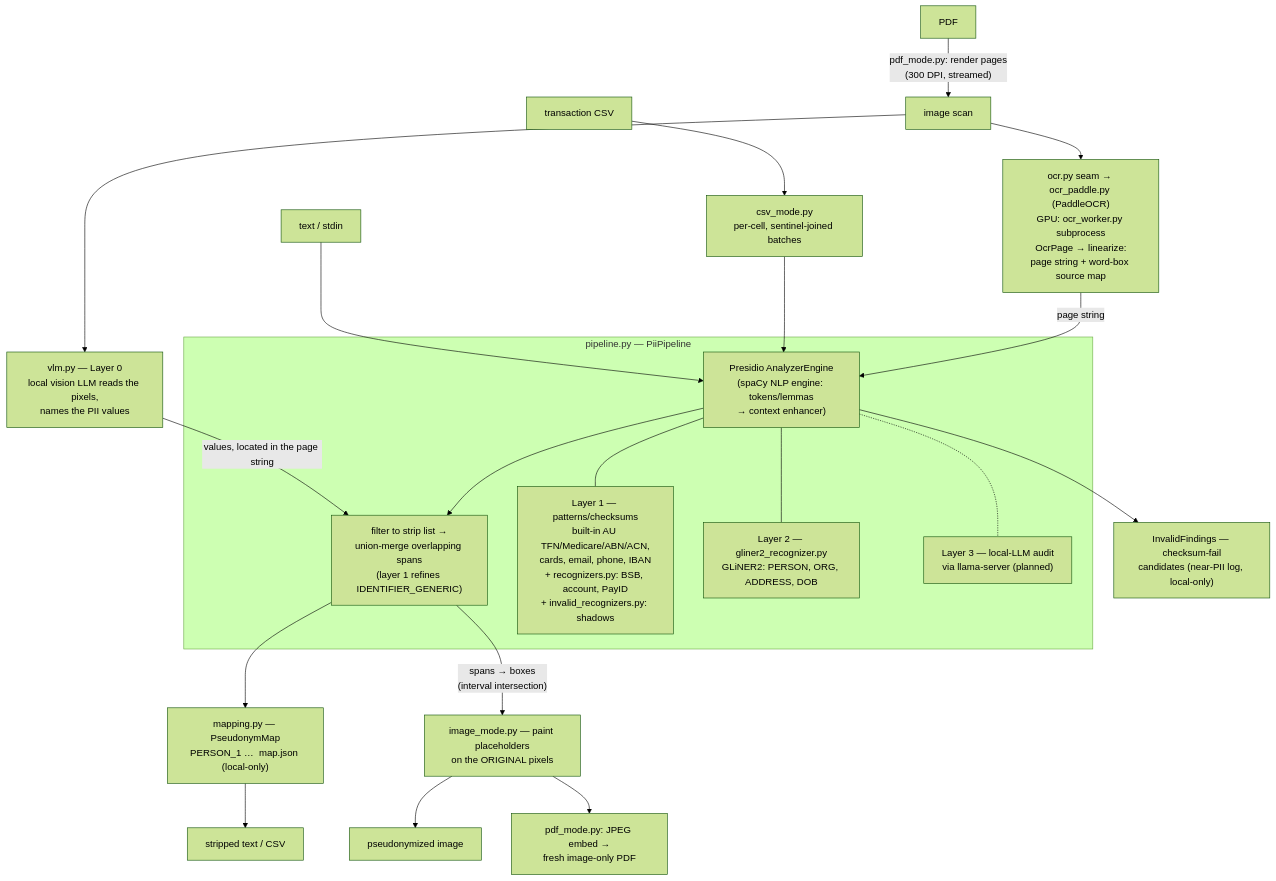
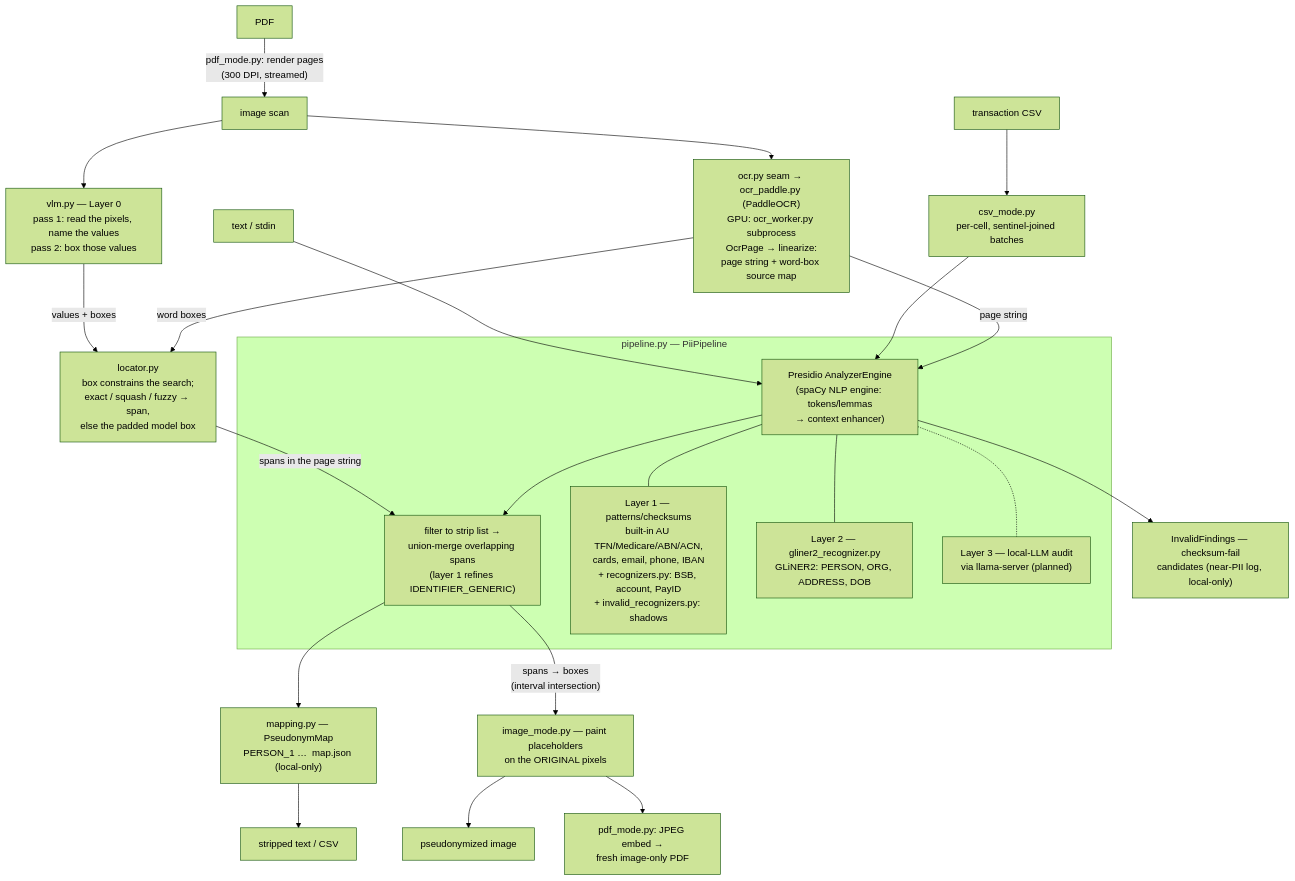
One commit to skoulik/BrokerAI changed the diagram in pii/core/ARCHITECTURE.md. Above: the diagram before and after it, drawn with Mermaid (forest theme). The commit also changed other lines of this file and 19 other files, not shown here.

````diff
--- a/pii/core/ARCHITECTURE.md
+++ b/pii/core/ARCHITECTURE.md
@@ -60,36 +62,38 @@
 ```mermaid
 flowchart TB
     TXT["text / stdin"]
     CSV["transaction CSV"]
     IMG["image scan"]
     PDF["PDF"]
 
     PDF -- "pdf_mode.py: render pages<br>(300 DPI, streamed)" --> IMG
-    IMG --> VLM["vlm.py — Layer 0<br>local vision LLM reads the pixels,<br>names the PII values"]
+    IMG --> VLM["vlm.py — Layer 0<br>pass 1: read the pixels, name the values<br>pass 2: box those values"]
     IMG --> OCRPY["ocr.py seam → ocr_paddle.py (PaddleOCR)<br>GPU: ocr_worker.py subprocess<br>OcrPage → linearize:<br>page string + word-box source map"]
     CSV --> CSVM["csv_mode.py<br>per-cell, sentinel-joined batches"]
 
     TXT --> AE
     CSVM --> AE
     OCRPY -- "page string" --> AE
-    VLM -- "values, located in the page string" --> MRG
+    VLM -- "values + boxes" --> LOC["locator.py<br>box constrains the search;<br>exact / squash / fuzzy → span,<br>else the padded model box"]
+    OCRPY -- "word boxes" --> LOC
+    LOC -- "spans in the page string" --> MRG
 
     subgraph PIPE["pipeline.py — PiiPipeline"]
         AE["Presidio AnalyzerEngine<br>(spaCy NLP engine: tokens/lemmas<br>→ context enhancer)"]
         L1["Layer 1 — patterns/checksums<br>built-in AU TFN/Medicare/ABN/ACN,<br>cards, email, phone, IBAN<br>+ recognizers.py: BSB, account, PayID<br>+ invalid_recognizers.py: shadows"]
         L2["Layer 2 — gliner2_recognizer.py<br>GLiNER2: PERSON, ORG, ADDRESS, DOB"]
         L3["Layer 3 — local-LLM audit<br>via llama-server (planned)"]
         MRG["filter to strip list →<br>union-merge overlapping spans<br>(layer 1 refines IDENTIFIER_GENERIC)"]
         AE --- L1
         AE --- L2
         AE -.- L3
         AE --> MRG
     end
 
     MRG --> PM["mapping.py — PseudonymMap<br>PERSON_1 …  map.json (local-only)"]
     AE --> INV["InvalidFindings — checksum-fail<br>candidates (near-PII log, local-only)"]
     PM --> OUT1["stripped text / CSV"]
     MRG -- "spans → boxes<br>(interval intersection)" --> PAINT["image_mode.py — paint placeholders<br>on the ORIGINAL pixels"]
     PAINT --> OUT2["pseudonymized image"]
     PAINT --> OUT3["pdf_mode.py: JPEG embed →<br>fresh image-only PDF"]
 ```
````
